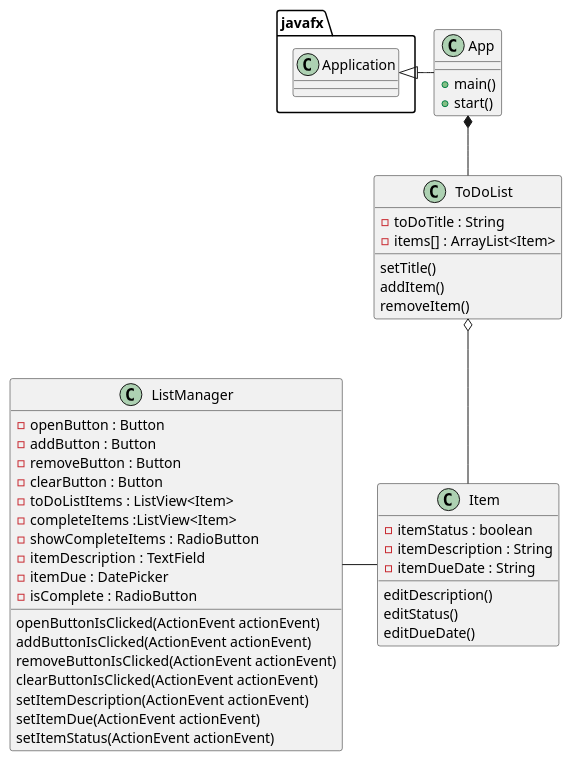
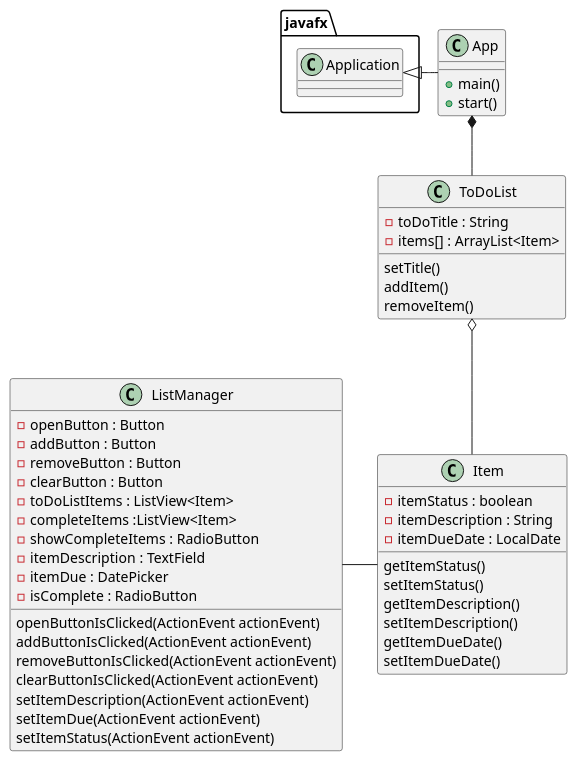
Before and after one commit to nick-vigg/Viggiani-COP3330-assignment4part2: the diagram in PUML/Assignment4.puml, drawn with PlantUML. The commit also changed 8 other files, not shown here.

```diff
--- a/PUML/Assignment4.puml
+++ b/PUML/Assignment4.puml
@@ -1,56 +1,59 @@
 @startuml
 'https://plantuml.com/class-diagram
 
 
 
 class App {
 + main()
 + start()
 }
 
 class ToDoList {
 - toDoTitle : String
 - items[] : ArrayList<Item>
 setTitle()
 addItem()
 removeItem()
 }
 
 class Item {
 - itemStatus : boolean
 - itemDescription : String
-- itemDueDate : String
+- itemDueDate : LocalDate
 
-editDescription()
-editStatus()
-editDueDate()
+getItemStatus()
+setItemStatus()
+getItemDescription()
+setItemDescription()
+getItemDueDate()
+setItemDueDate()
 }
 
 class ListManager {
 - openButton : Button
 - addButton : Button
 - removeButton : Button
 - clearButton : Button
 - toDoListItems : ListView<Item>
 - completeItems :ListView<Item>
 - showCompleteItems : RadioButton
 - itemDescription : TextField
 - itemDue : DatePicker
 - isComplete : RadioButton
 
 openButtonIsClicked(ActionEvent actionEvent)
 addButtonIsClicked(ActionEvent actionEvent)
 removeButtonIsClicked(ActionEvent actionEvent)
 clearButtonIsClicked(ActionEvent actionEvent)
 setItemDescription(ActionEvent actionEvent)
 setItemDue(ActionEvent actionEvent)
 setItemStatus(ActionEvent actionEvent)
 }
 
 javafx.Application <|- App
 App *-- ToDoList
 ToDoList o-- Item
 ListManager - Item
 
 
 @enduml
```
